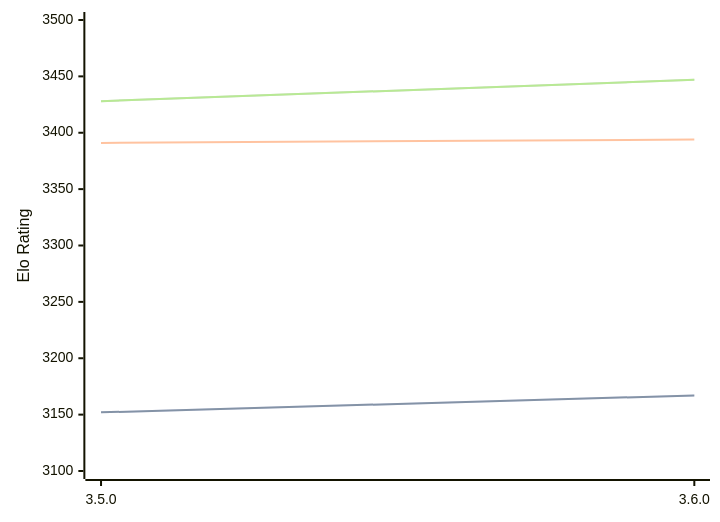
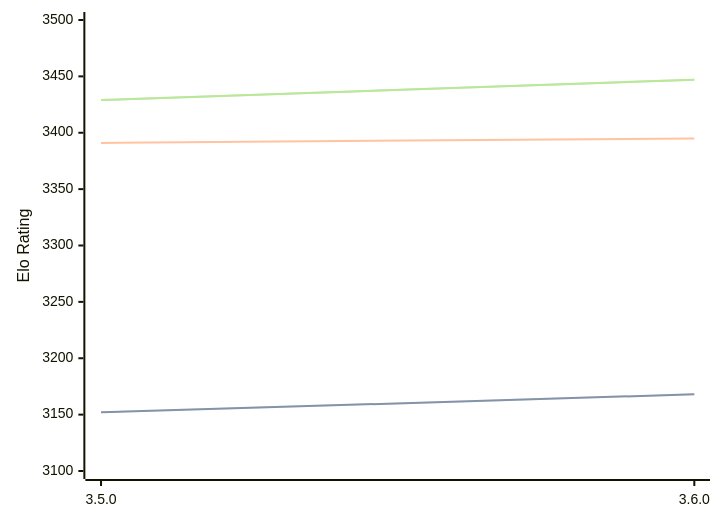
Before and after one commit to computer-chess-index/cci: the diagram in engines/Igel.md, drawn with Mermaid. The commit also changed other lines of this file, not shown here.

Commit message:
Update CCI Ratings (ELO VLTC) - 2026-07-24

````diff
--- a/engines/Igel.md
+++ b/engines/Igel.md
@@ -68,11 +68,11 @@
 ```mermaid
 %%{init: {"theme":"base","themeVariables":{"seriesColors:['#a3a3a3','#222221','#faa371']}}}%%
 xychart-beta
   x-axis ["3.5.0", "3.6.0"]
   y-axis "Elo Rating" 3100 --> 3500
-  line "STC (8.0+0.08s)" [3152, 3167]
-  line "STC (8.0+0.08s)" [3152, 3167]
-  line "LTC (60.0+0.60s)" [3391, 3394]
-  line "VLTC (2m24s+1.12s)" [3428, 3447]
-  line "VLTC (2m24s+1.12s)" [3428, 3447]
+  line "STC (8.0+0.08s)" [3152, 3168]
+  line "STC (8.0+0.08s)" [3152, 3168]
+  line "LTC (60.0+0.60s)" [3391, 3395]
+  line "VLTC (2m24s+1.12s)" [3429, 3447]
+  line "VLTC (2m24s+1.12s)" [3429, 3447]
 ```
````
